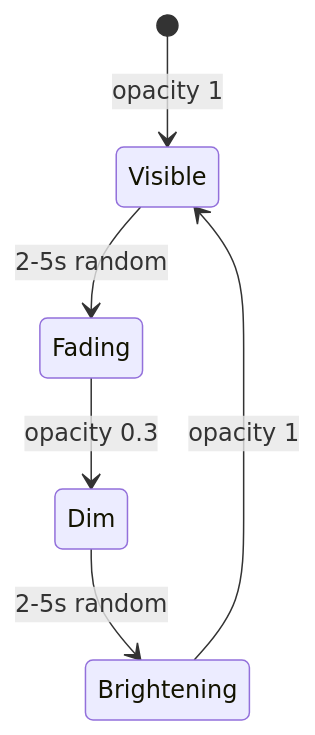
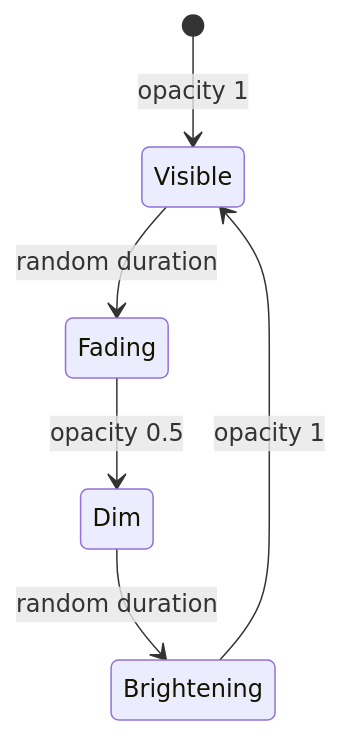
The third of 3 diagrams in docs/architecture/components/stars.md (AlexJSully/AlexJSully-Portfolio), drawn with Mermaid before and after one commit. The commit also changed other lines of this file and 42 other files, not shown here.

````diff
--- a/docs/architecture/components/stars.md
+++ b/docs/architecture/components/stars.md
@@ -245,10 +234,10 @@
 ```mermaid
 stateDiagram-v2
     accTitle: Star Twinkle Animation Life Cycle
-    accDescr: Stars cycle through visible (opacity 1), fading (2-5s random), dim (opacity 0.3), brightening (2-5s random), then back to visible state
+    accDescr: Stars cycle through visible (opacity 1), fading, dim (opacity 0.5), brightening, then back to visible state
     [*] --> Visible: opacity 1
-    Visible --> Fading: 2-5s random
-    Fading --> Dim: opacity 0.3
-    Dim --> Brightening: 2-5s random
+    Visible --> Fading: random duration
+    Fading --> Dim: opacity 0.5
+    Dim --> Brightening: random duration
     Brightening --> Visible: opacity 1
 ```
````
